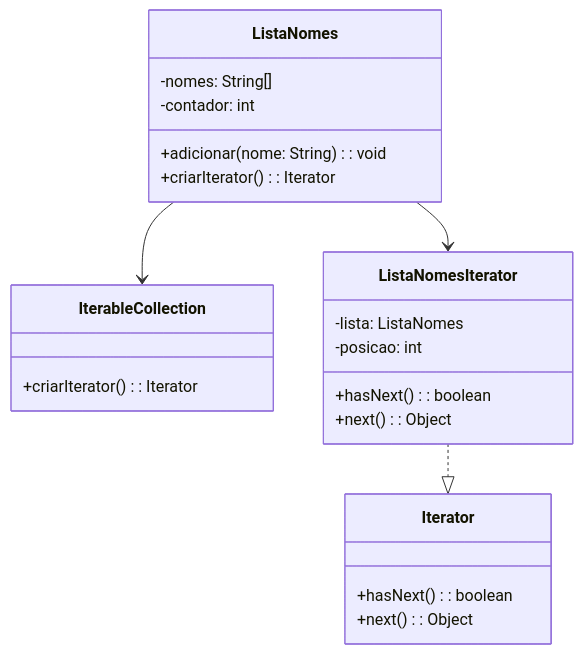
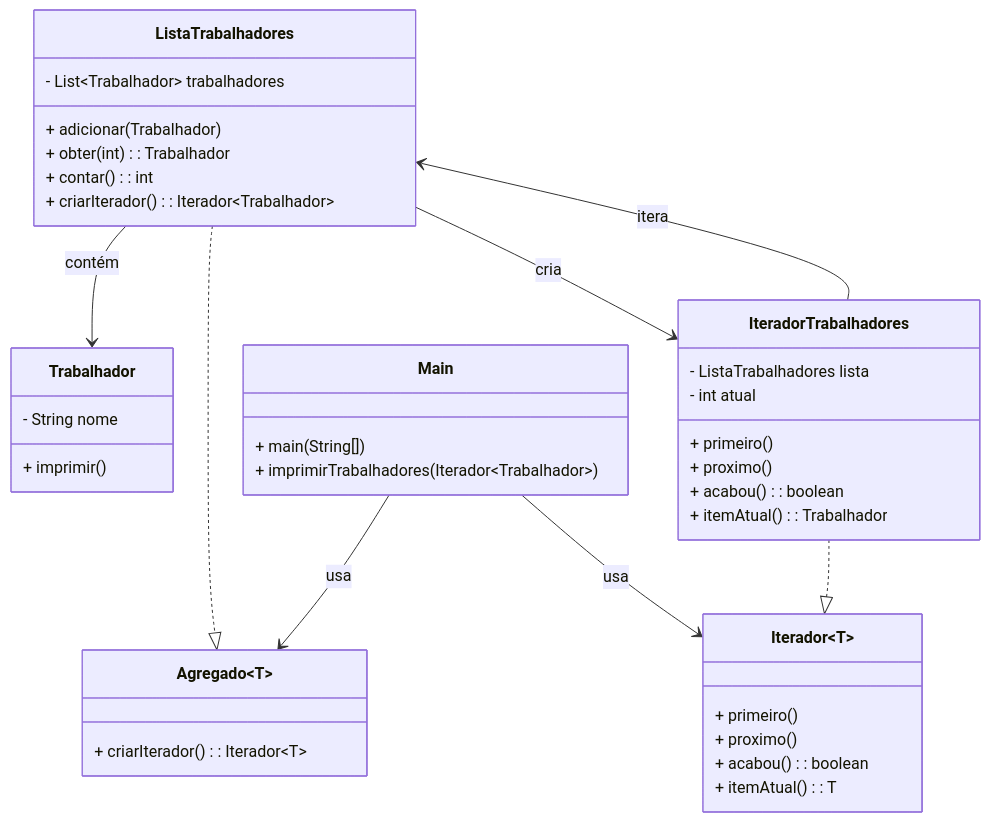
Before and after one commit to 20242-ifba-saj-ads-ppr/seminario-ppr-comportamentais-equipe4: the second of 2 diagrams in src/Iterator/readme.md, drawn with Mermaid. The commit also changed other lines of this file, not shown here.

````diff
--- a/src/Iterator/readme.md
+++ b/src/Iterator/readme.md
@@ -151,29 +219,50 @@
 ``` mermaid 
+
 classDiagram
-    class Iterator {
-        +hasNext(): boolean
-        +next(): Object
+    class Iterador~T~ {
+        + primeiro()
+        + proximo()
+        + acabou(): boolean
+        + itemAtual(): T
     }
 
-    class IterableCollection {
-        +criarIterator(): Iterator
+    class Agregado~T~ {
+        + criarIterador(): Iterador~T~
     }
 
-    class ListaNomes {
-        -nomes: String[]
-        -contador: int
-        +adicionar(nome: String): void
-        +criarIterator(): Iterator
+    class Trabalhador {
+        - String nome
+        + imprimir()
     }
 
-    class ListaNomesIterator {
-        -lista: ListaNomes
-        -posicao: int
-        +hasNext(): boolean
-        +next(): Object
+    class ListaTrabalhadores {
+        - List~Trabalhador~ trabalhadores
+        + adicionar(Trabalhador)
+        + obter(int): Trabalhador
+        + contar(): int
+        + criarIterador(): Iterador~Trabalhador~
     }
 
-    ListaNomes --> IterableCollection
-    ListaNomesIterator ..|> Iterator
-    ListaNomes --> ListaNomesIterator
+    class IteradorTrabalhadores {
+        - ListaTrabalhadores lista
+        - int atual
+        + primeiro()
+        + proximo()
+        + acabou(): boolean
+        + itemAtual(): Trabalhador
+    }
+
+    class Main {
+        + main(String[])
+        + imprimirTrabalhadores(Iterador~Trabalhador~)
+    }
+
+    ListaTrabalhadores --> Trabalhador : contém
+    ListaTrabalhadores ..|> Agregado~Trabalhador~
+    IteradorTrabalhadores ..|> Iterador~Trabalhador~
+    ListaTrabalhadores --> IteradorTrabalhadores : cria
+    IteradorTrabalhadores --> ListaTrabalhadores : itera
+    Main --> Agregado~Trabalhador~ : usa
+    Main --> Iterador~Trabalhador~ : usa
+
 ```
````
